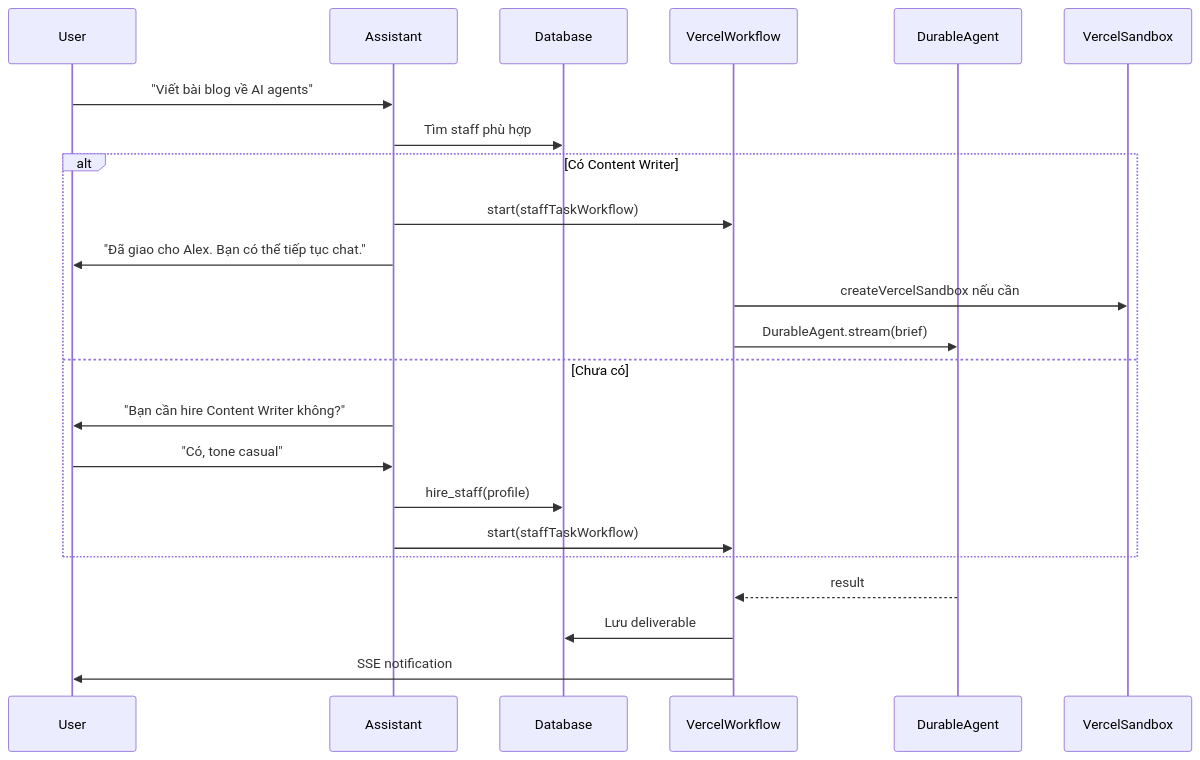
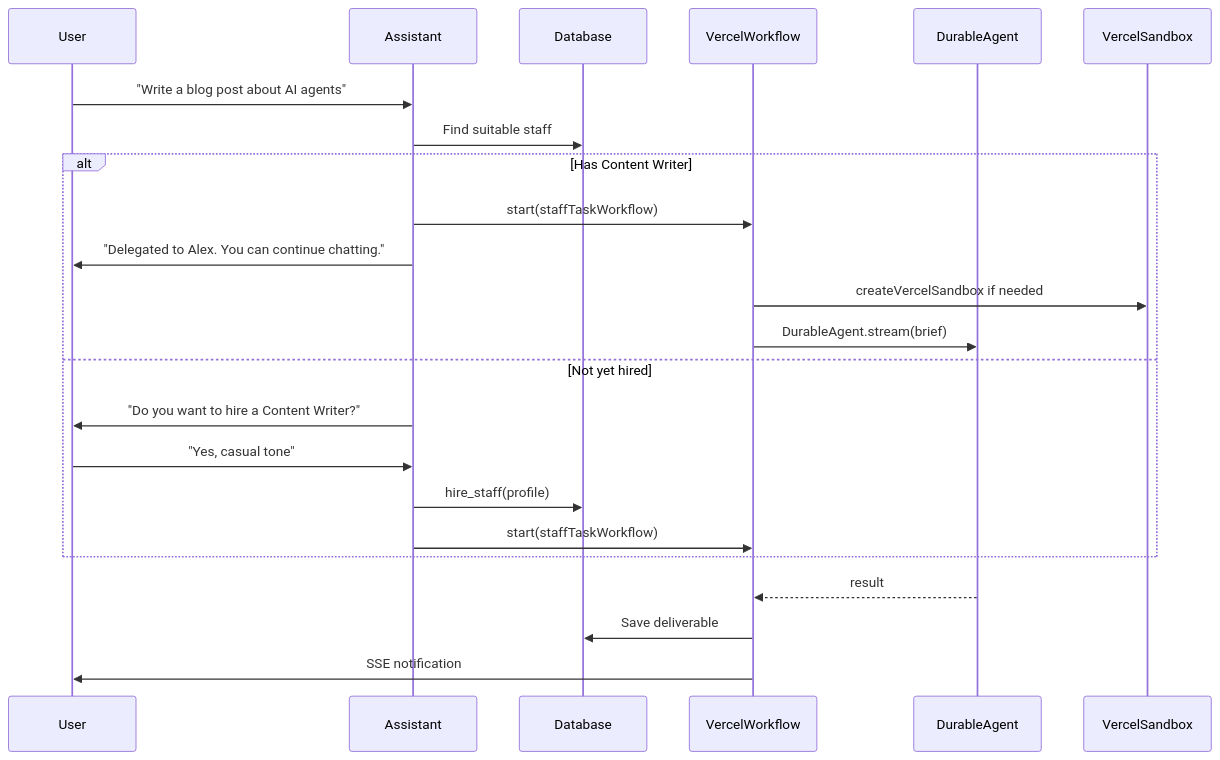
The second of 2 diagrams in docs/ARCHITECTURE.md (tihado/nex-staff), drawn with Mermaid before and after one commit. The commit also changed other lines of this file and 11 other files, not shown here.

````diff
--- a/docs/ARCHITECTURE.md
+++ b/docs/ARCHITECTURE.md
@@ -257,26 +257,26 @@
 ```mermaid
 sequenceDiagram
     participant U as User
     participant A as Assistant
     participant DB as Database
     participant W as VercelWorkflow
     participant S as DurableAgent
     participant SB as VercelSandbox
 
-    U->>A: "Viết bài blog về AI agents"
-    A->>DB: Tìm staff phù hợp
-    alt Có Content Writer
+    U->>A: "Write a blog post about AI agents"
+    A->>DB: Find suitable staff
+    alt Has Content Writer
         A->>W: start(staffTaskWorkflow)
-        A->>U: "Đã giao cho Alex. Bạn có thể tiếp tục chat."
-        W->>SB: createVercelSandbox nếu cần
+        A->>U: "Delegated to Alex. You can continue chatting."
+        W->>SB: createVercelSandbox if needed
         W->>S: DurableAgent.stream(brief)
-    else Chưa có
-        A->>U: "Bạn cần hire Content Writer không?"
-        U->>A: "Có, tone casual"
+    else Not yet hired
+        A->>U: "Do you want to hire a Content Writer?"
+        U->>A: "Yes, casual tone"
         A->>DB: hire_staff(profile)
         A->>W: start(staffTaskWorkflow)
     end
     S-->>W: result
-    W->>DB: Lưu deliverable
+    W->>DB: Save deliverable
     W->>U: SSE notification
 ```
````
